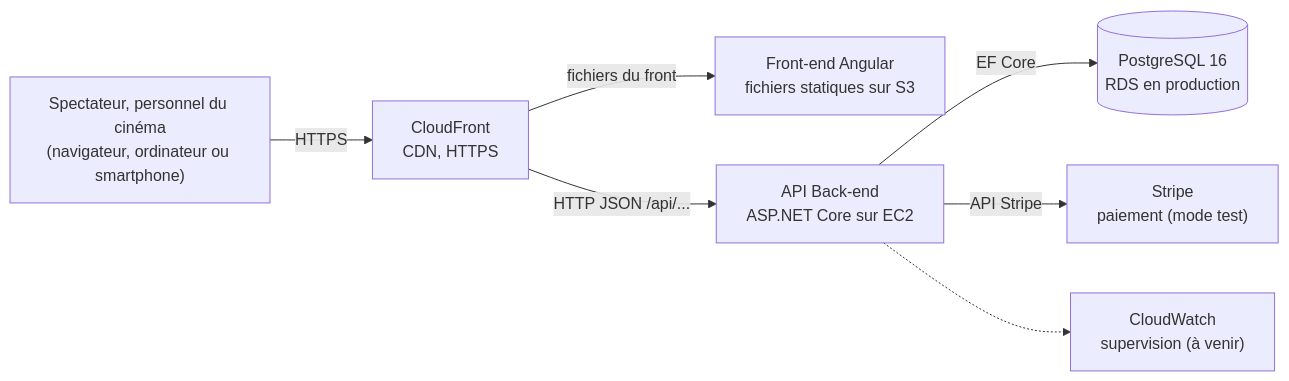
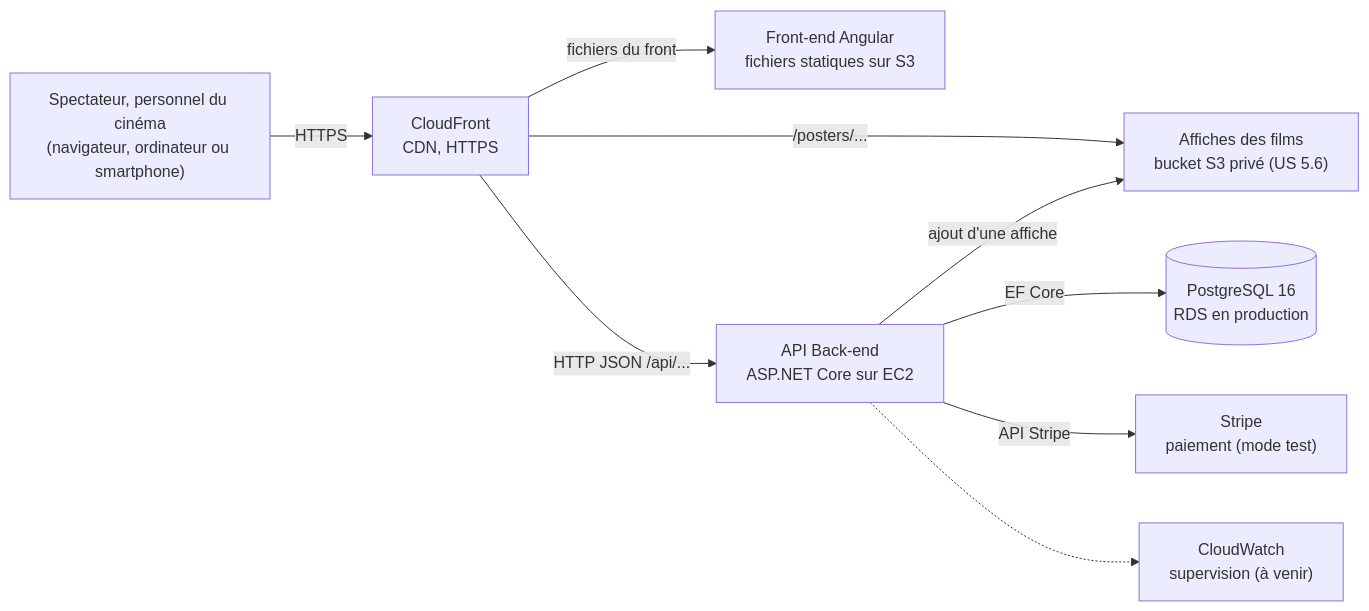
One commit to Grand-Cinema-Studi/grand-cinema-docs changed the first of 2 diagrams in architecture/overview.md. Above: the diagram before and after it, drawn with Mermaid. The commit also changed other lines of this file and 8 other files, not shown here.

````diff
--- a/architecture/overview.md
+++ b/architecture/overview.md
@@ -7,17 +7,20 @@
 ```mermaid
 flowchart LR
     user["Spectateur, personnel du cinéma<br/>(navigateur, ordinateur ou smartphone)"]
     cdn["CloudFront<br/>CDN, HTTPS"]
     front["Front-end Angular<br/>fichiers statiques sur S3"]
     api["API Back-end<br/>ASP.NET Core sur EC2"]
     db[("PostgreSQL 16<br/>RDS en production")]
     stripe["Stripe<br/>paiement (mode test)"]
     watch["CloudWatch<br/>supervision (à venir)"]
+    posters["Affiches des films<br/>bucket S3 privé (US 5.6)"]
 
     user -->|HTTPS| cdn
     cdn -->|"fichiers du front"| front
     cdn -->|"HTTP JSON /api/..."| api
+    cdn -->|"/posters/..."| posters
+    api -->|"ajout d'une affiche"| posters
     api -->|EF Core| db
     api -->|"API Stripe"| stripe
     api -.-> watch
 ```
````
